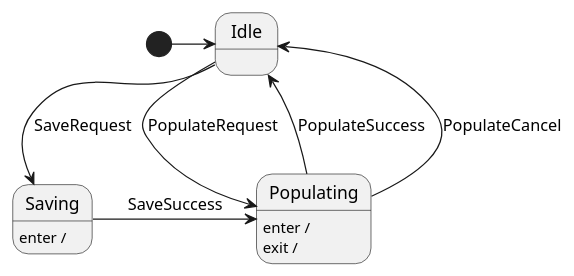
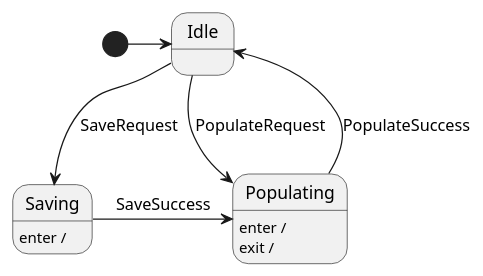
One commit to ArtemPindrus/FinancialTracker changed the diagram in FinancialTracker/StateMachines/FinancesViewModelStateMachine/FinancesViewModelStateMachine.plantuml. Above: the diagram before and after it, drawn with PlantUML. The commit also changed 3 other files, not shown here.

```diff
--- a/FinancialTracker/StateMachines/FinancesViewModelStateMachine/FinancesViewModelStateMachine.plantuml
+++ b/FinancialTracker/StateMachines/FinancesViewModelStateMachine/FinancesViewModelStateMachine.plantuml
@@ -1,21 +1,20 @@
 @startuml FinancesViewModelStateMachine
 state Idle
 state Saving {
     Saving: enter / 
 }
 state Populating {
     Populating: enter / 
     Populating: exit / 
 }
 
 [*] -> Idle
 
 Idle --> Saving: SaveRequest
 Idle --> Populating: PopulateRequest
 
 Saving -> Populating: SaveSuccess
 
 Populating -> Idle: PopulateSuccess
-Populating -> Idle: PopulateCancel
 
 @enduml
```
